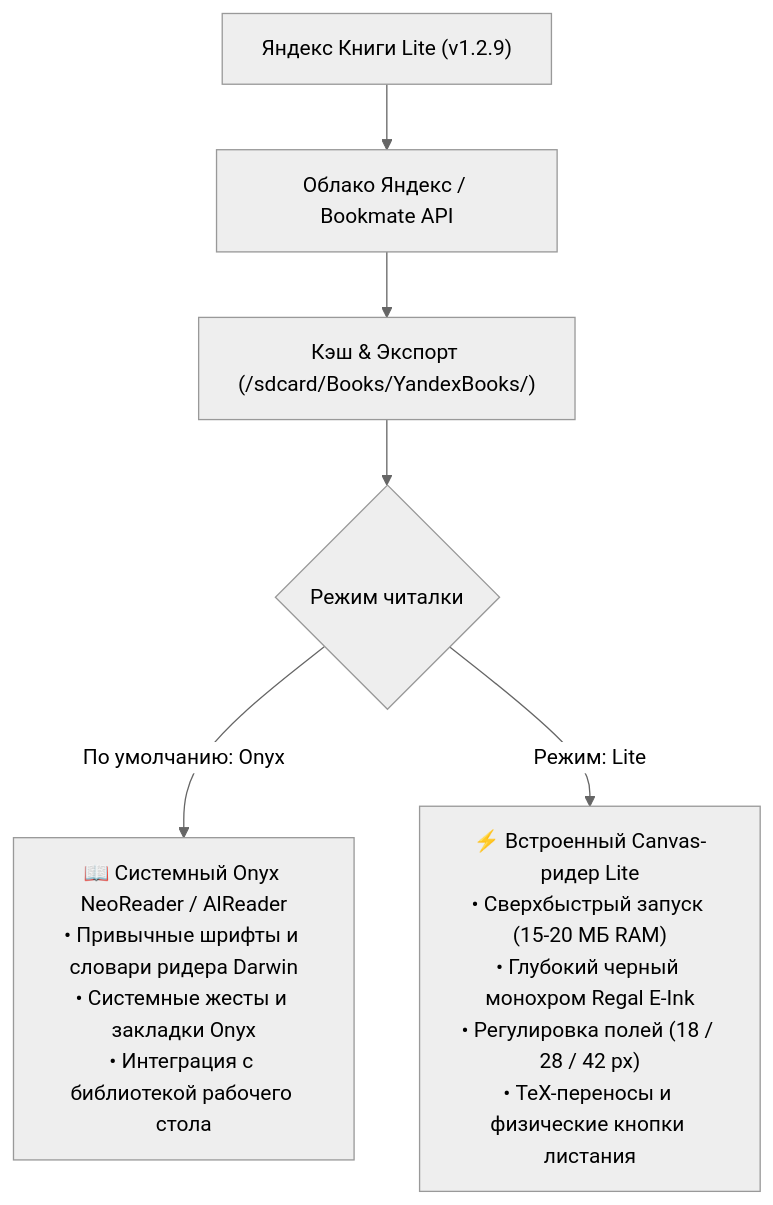
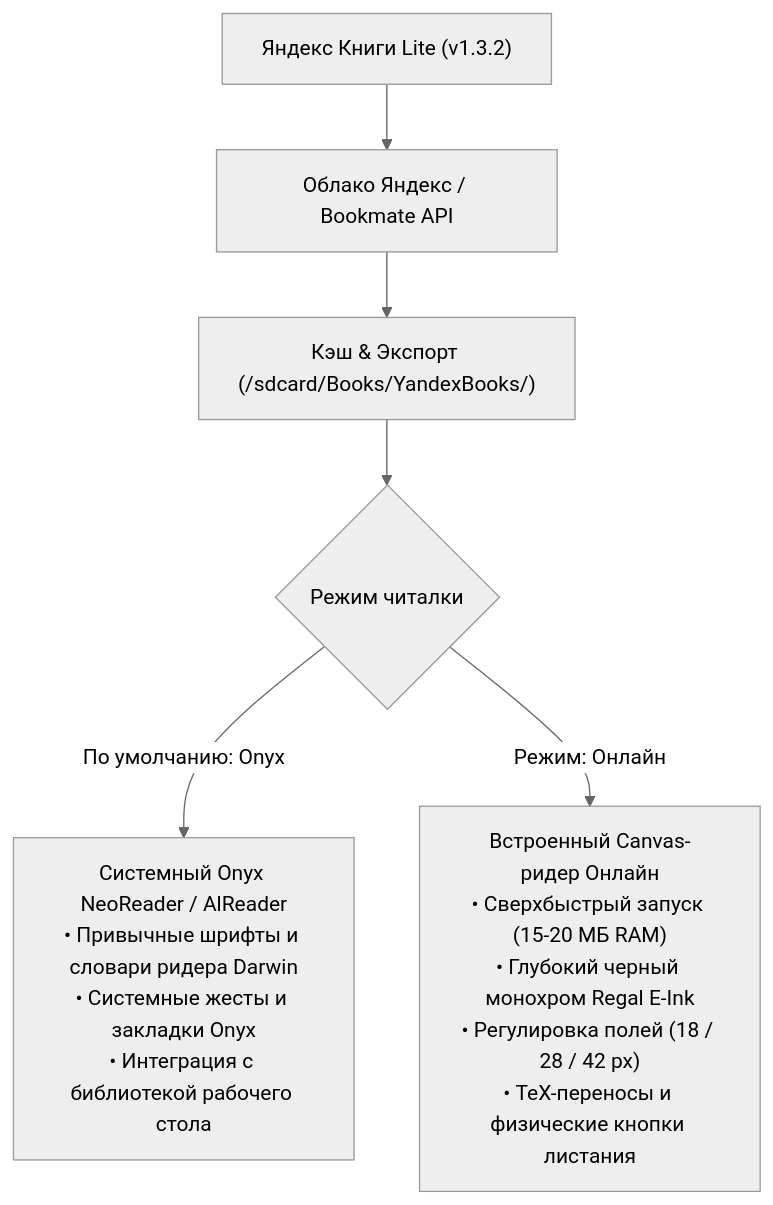
The diagram in README.md (litvaerickson-spec/onyx-yandex-books), drawn with Mermaid (neutral theme) before and after one commit. The commit also changed other lines of this file and 16 other files, not shown here.

````diff
--- a/README.md
+++ b/README.md
@@ -55,10 +57,10 @@
 ```mermaid
 flowchart TD
-    App["Яндекс Книги Lite (v1.2.9)"] --> Cloud["Облако Яндекс / Bookmate API"]
+    App["Яндекс Книги Lite (v1.3.2)"] --> Cloud["Облако Яндекс / Bookmate API"]
     Cloud --> Cache["Кэш & Экспорт (/sdcard/Books/YandexBooks/)"]
     Cache --> ModeSelect{"Режим читалки"}
     
-    ModeSelect -->|По умолчанию: Onyx| OnyxReader["📖 Системный Onyx NeoReader / AlReader<br/>• Привычные шрифты и словари ридера Darwin<br/>• Системные жесты и закладки Onyx<br/>• Интеграция с библиотекой рабочего стола"]
+    ModeSelect -->|По умолчанию: Onyx| OnyxReader["Системный Onyx NeoReader / AlReader<br/>• Привычные шрифты и словари ридера Darwin<br/>• Системные жесты и закладки Onyx<br/>• Интеграция с библиотекой рабочего стола"]
     
-    ModeSelect -->|Режим: Lite| LiteReader["⚡ Встроенный Canvas-ридер Lite<br/>• Сверхбыстрый запуск (15-20 МБ RAM)<br/>• Глубокий черный монохром Regal E-Ink<br/>• Регулировка полей (18 / 28 / 42 px)<br/>• TeX-переносы и физические кнопки листания"]
+    ModeSelect -->|Режим: Онлайн| OnlineReader["Встроенный Canvas-ридер Онлайн<br/>• Сверхбыстрый запуск (15-20 МБ RAM)<br/>• Глубокий черный монохром Regal E-Ink<br/>• Регулировка полей (18 / 28 / 42 px)<br/>• TeX-переносы и физические кнопки листания"]
 ```
````
